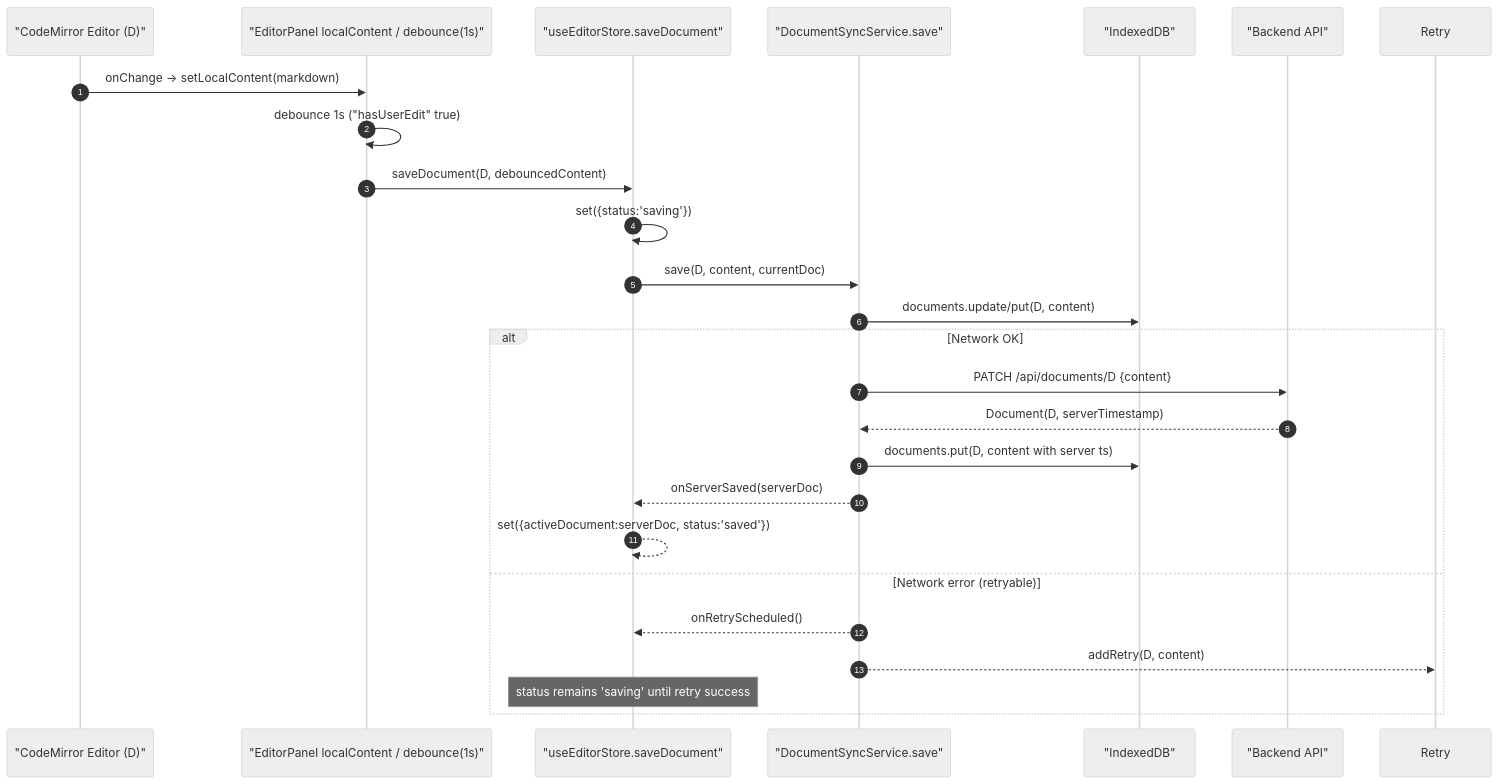
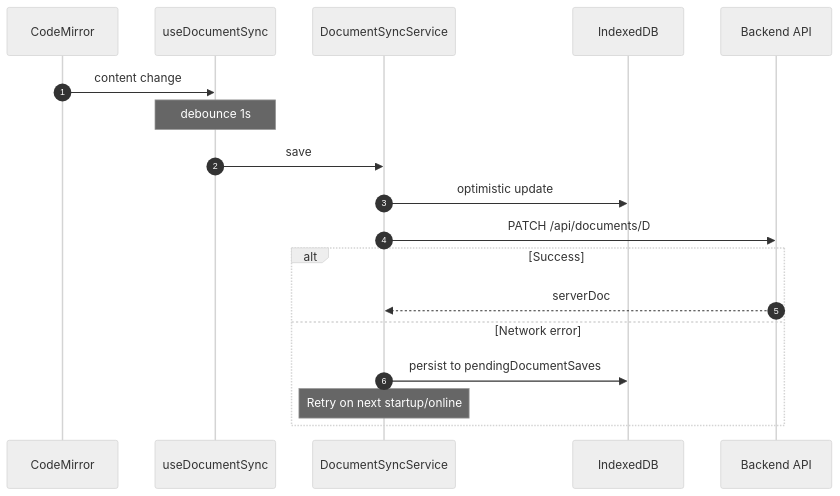
Before and after one commit to haowjy/meridian-flow: the third of 4 diagrams in _docs/technical/frontend/editor-caching.md, drawn with Mermaid (neutral theme). The commit also changed other lines of this file and 62 other files, not shown here.

````diff
--- a/_docs/technical/frontend/editor-caching.md
+++ b/_docs/technical/frontend/editor-caching.md
@@ -67,28 +77,22 @@
 ```mermaid
 sequenceDiagram
     autonumber
-    participant Editor as "CodeMirror Editor (D)"
-    participant Panel as "EditorPanel localContent / debounce(1s)"
-    participant Store as "useEditorStore.saveDocument"
-    participant Service as "DocumentSyncService.save"
-    participant IDB as "IndexedDB"
-    participant API as "Backend API"
+    participant CM as CodeMirror
+    participant UDS as useDocumentSync
+    participant DSS as DocumentSyncService
+    participant IDB as IndexedDB
+    participant API as Backend API
 
-    Editor->>Panel: onChange -> setLocalContent(markdown)
-    Panel->>Panel: debounce 1s ("hasUserEdit" true)
-    Panel->>Store: saveDocument(D, debouncedContent)
-    Store->>Store: set({status:'saving'})
-    Store->>Service: save(D, content, currentDoc)
-    Service->>IDB: documents.update/put(D, content)
-    alt Network OK
-        Service->>API: PATCH /api/documents/D {content}
-        API-->>Service: Document(D, serverTimestamp)
-        Service->>IDB: documents.put(D, content with server ts)
-        Service-->>Store: onServerSaved(serverDoc)
-        Store-->>Store: set({activeDocument:serverDoc, status:'saved'})
-    else Network error (retryable)
-        Service-->>Store: onRetryScheduled()
-        Service-->>Retry: addRetry(D, content)
-        Note over Store: status remains 'saving' until retry success
+    CM->>UDS: content change
+    Note over UDS: debounce 1s
+    UDS->>DSS: save
+    DSS->>IDB: optimistic update
+    DSS->>API: PATCH /api/documents/D
+
+    alt Success
+        API-->>DSS: serverDoc
+    else Network error
+        DSS->>IDB: persist to pendingDocumentSaves
+        Note over DSS: Retry on next startup/online
     end
 ```
````
